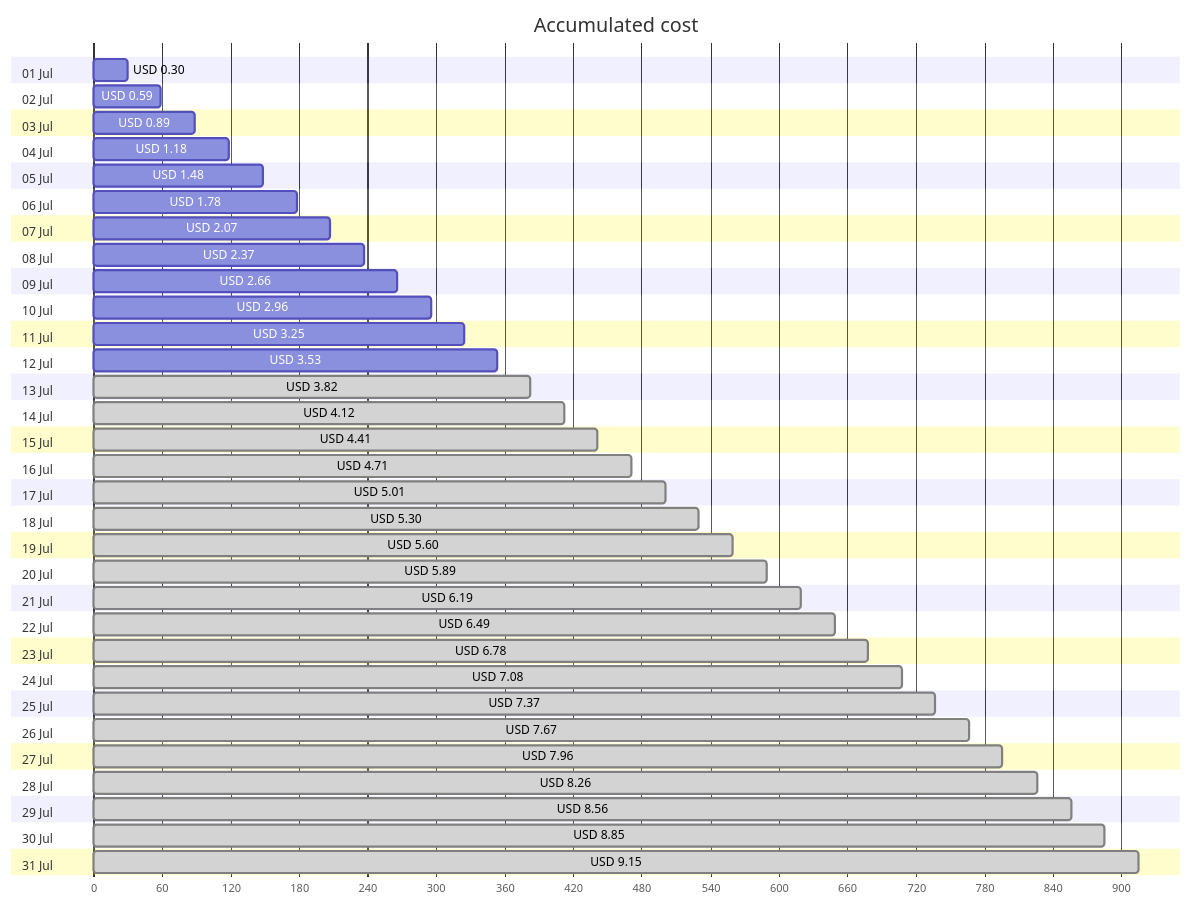
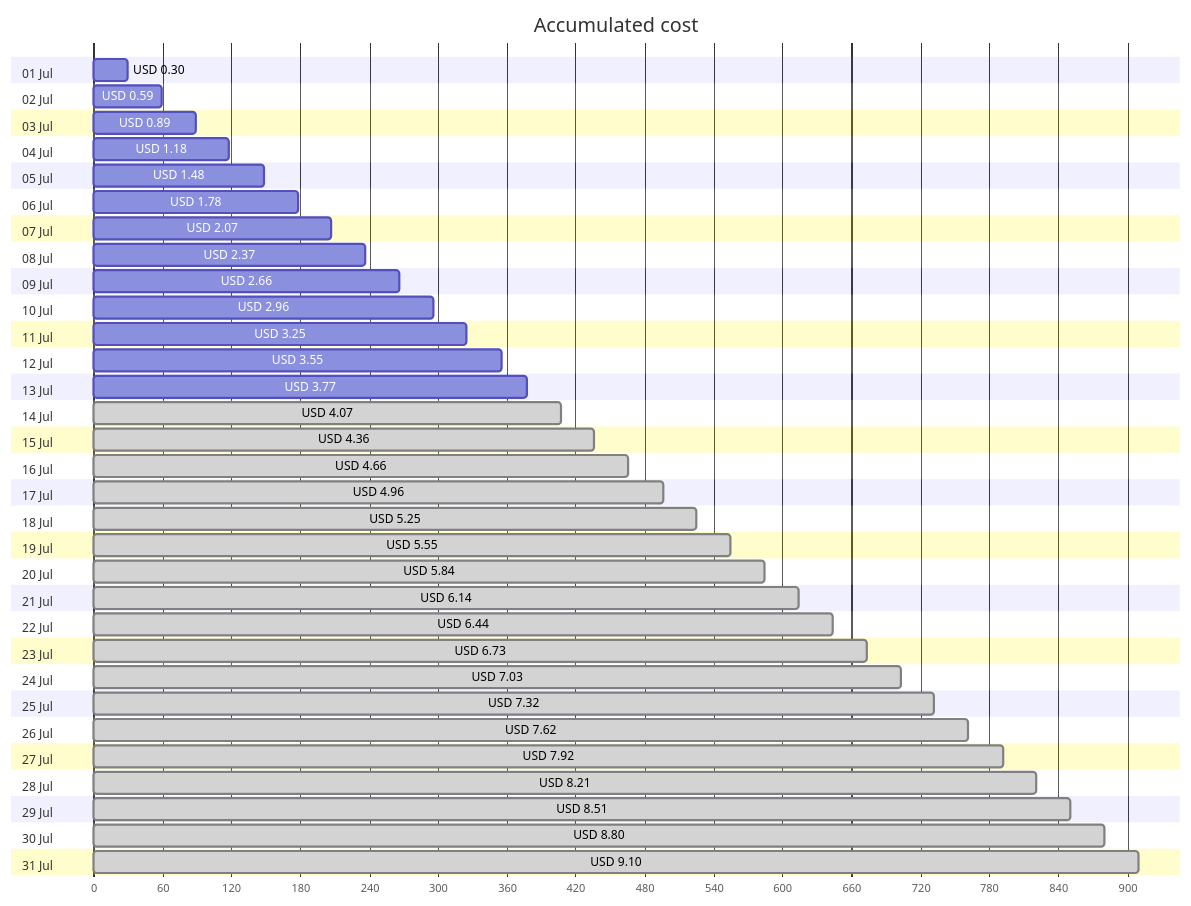
One commit to jpfulton/azure-personal-reports changed the first of 4 diagrams in cost-reports/personal-site/personal-site-preview.md. Above: the diagram before and after it, drawn with Mermaid. The commit also changed other lines of this file and 6 other files, not shown here.

````diff
--- a/cost-reports/personal-site/personal-site-preview.md
+++ b/cost-reports/personal-site/personal-site-preview.md
@@ -20,68 +20,68 @@
 ```mermaid
 gantt
    title Accumulated cost
    dateFormat  X
    axisFormat %s
    section 01 Jul
    USD 0.30 :0, 30
    section 02 Jul
    USD 0.59 :0, 59
    section 03 Jul
    USD 0.89 :0, 89
    section 04 Jul
    USD 1.18 :0, 118
    section 05 Jul
    USD 1.48 :0, 148
    section 06 Jul
    USD 1.78 :0, 178
    section 07 Jul
    USD 2.07 :0, 207
    section 08 Jul
    USD 2.37 :0, 237
    section 09 Jul
    USD 2.66 :0, 266
    section 10 Jul
    USD 2.96 :0, 296
    section 11 Jul
    USD 3.25 :0, 325
    section 12 Jul
-   USD 3.53 :0, 353
+   USD 3.55 :0, 355
    section 13 Jul
-   USD 3.82 : done, 0, 382
+   USD 3.77 :0, 377
    section 14 Jul
-   USD 4.12 : done, 0, 412
+   USD 4.07 : done, 0, 407
    section 15 Jul
-   USD 4.41 : done, 0, 441
+   USD 4.36 : done, 0, 436
    section 16 Jul
-   USD 4.71 : done, 0, 471
+   USD 4.66 : done, 0, 466
    section 17 Jul
-   USD 5.01 : done, 0, 501
+   USD 4.96 : done, 0, 496
    section 18 Jul
-   USD 5.30 : done, 0, 530
+   USD 5.25 : done, 0, 525
    section 19 Jul
-   USD 5.60 : done, 0, 560
+   USD 5.55 : done, 0, 555
    section 20 Jul
-   USD 5.89 : done, 0, 589
+   USD 5.84 : done, 0, 584
    section 21 Jul
-   USD 6.19 : done, 0, 619
+   USD 6.14 : done, 0, 614
    section 22 Jul
-   USD 6.49 : done, 0, 649
+   USD 6.44 : done, 0, 644
    section 23 Jul
-   USD 6.78 : done, 0, 678
+   USD 6.73 : done, 0, 673
    section 24 Jul
-   USD 7.08 : done, 0, 708
+   USD 7.03 : done, 0, 703
    section 25 Jul
-   USD 7.37 : done, 0, 737
+   USD 7.32 : done, 0, 732
    section 26 Jul
-   USD 7.67 : done, 0, 767
+   USD 7.62 : done, 0, 762
    section 27 Jul
-   USD 7.96 : done, 0, 796
+   USD 7.92 : done, 0, 792
    section 28 Jul
-   USD 8.26 : done, 0, 826
+   USD 8.21 : done, 0, 821
    section 29 Jul
-   USD 8.56 : done, 0, 856
+   USD 8.51 : done, 0, 851
    section 30 Jul
-   USD 8.85 : done, 0, 885
+   USD 8.80 : done, 0, 880
    section 31 Jul
-   USD 9.15 : done, 0, 915
+   USD 9.10 : done, 0, 910
 ```
````
